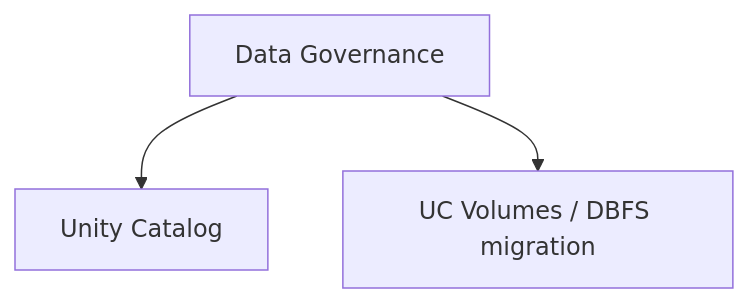
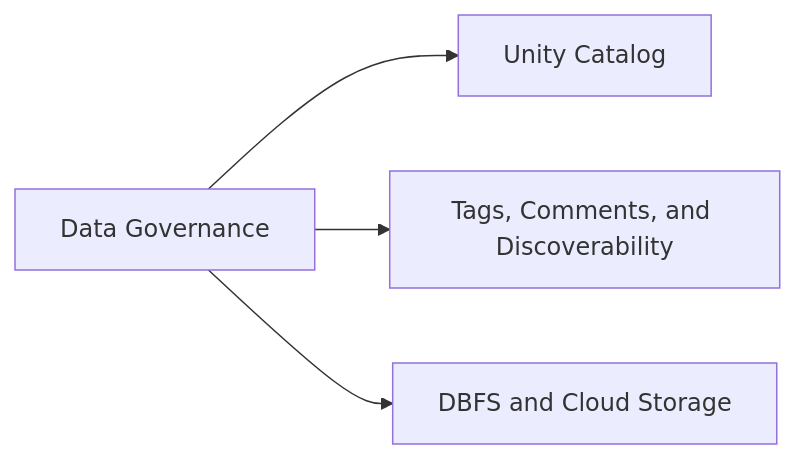
Before and after one commit to kengio/databricks-certification-study-guide: the diagram in certifications/data-engineer-professional/07-data-governance/README.md, drawn with Mermaid. The commit also changed other lines of this file and 108 other files, not shown here.

````diff
--- a/certifications/data-engineer-professional/07-data-governance/README.md
+++ b/certifications/data-engineer-professional/07-data-governance/README.md
@@ -17,5 +17,7 @@
 ```mermaid
-flowchart TD
-    Gov[Data Governance] --> UC[Unity Catalog]
-    Gov --> Vol[UC Volumes / DBFS migration]
+flowchart LR
+    D[Data Governance]
+    D --> T1["Unity Catalog"]
+    D --> T2["Tags, Comments, and Discoverability"]
+    D --> T3["DBFS and Cloud Storage"]
 ```
````
